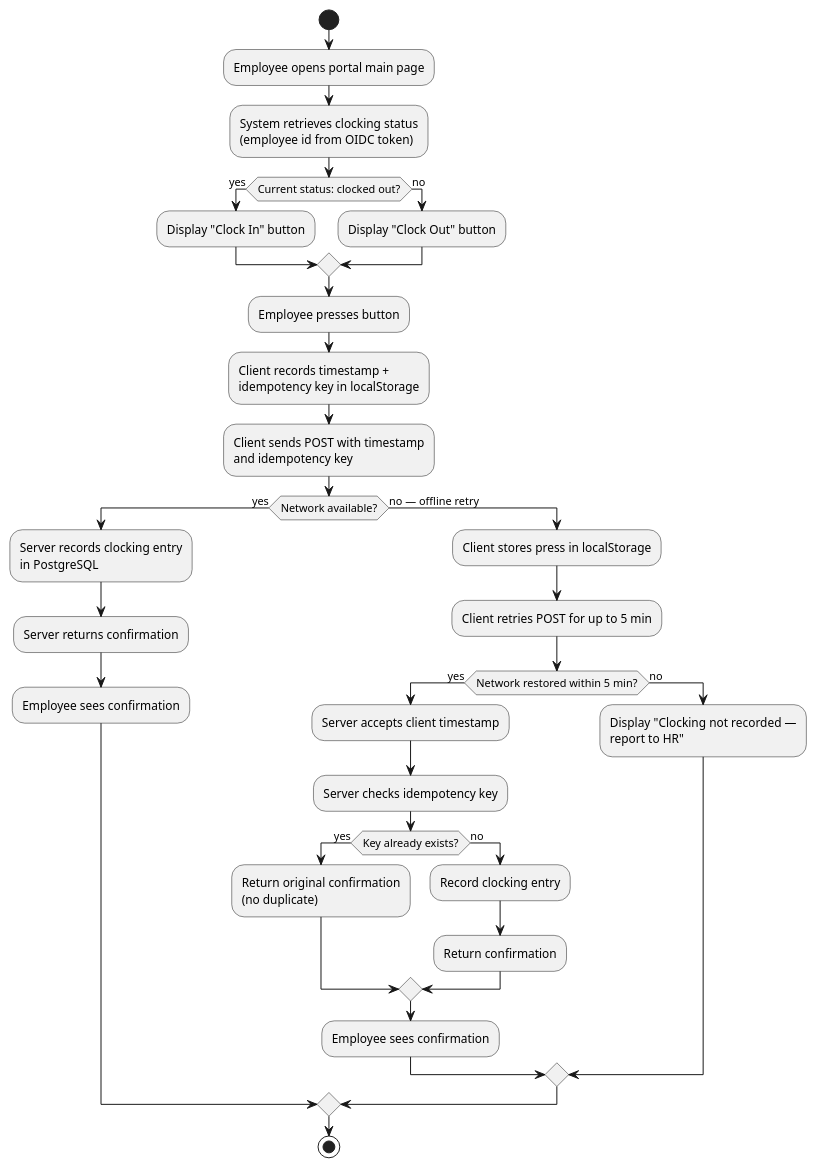
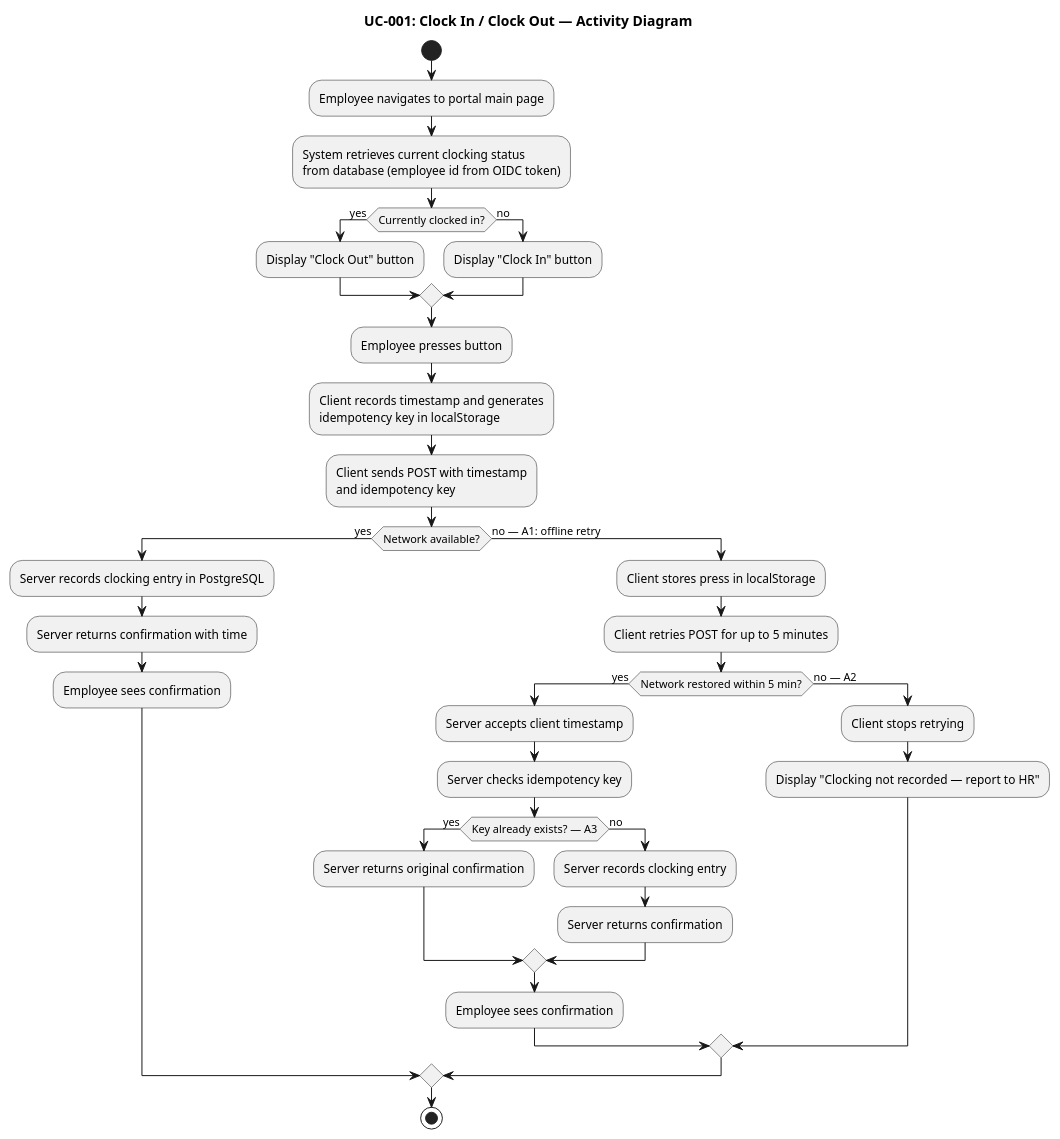
Before and after one commit to banense-test/portal-cuba-corp: the second of 11 diagrams in docs/artifacts/requirements/use-case-model.md, drawn with PlantUML. The commit also changed other lines of this file, not shown here.

First line of the commit message:
System Analyst [E1]: upsert Use-Case Model

````diff
--- a/docs/artifacts/requirements/use-case-model.md
+++ b/docs/artifacts/requirements/use-case-model.md
@@ -128,37 +136,43 @@
 ```plantuml
 @startuml
+title UC-001: Clock In / Clock Out — Activity Diagram
+
 start
-:Employee opens portal main page;
-:System retrieves clocking status\n(employee id from OIDC token);
-if (Current status: clocked out?) then (yes)
+:Employee navigates to portal main page;
+:System retrieves current clocking status
+from database (employee id from OIDC token);
+if (Currently clocked in?) then (yes)
+  :Display "Clock Out" button;
+else (no)
   :Display "Clock In" button;
-else (no)
-  :Display "Clock Out" button;
 endif
 :Employee presses button;
-:Client records timestamp +\nidempotency key in localStorage;
-:Client sends POST with timestamp\nand idempotency key;
+:Client records timestamp and generates
+idempotency key in localStorage;
+:Client sends POST with timestamp
+and idempotency key;
 if (Network available?) then (yes)
-  :Server records clocking entry\nin PostgreSQL;
-  :Server returns confirmation;
+  :Server records clocking entry in PostgreSQL;
+  :Server returns confirmation with time;
   :Employee sees confirmation;
-else (no — offline retry)
+else (no — A1: offline retry)
   :Client stores press in localStorage;
-  :Client retries POST for up to 5 min;
+  :Client retries POST for up to 5 minutes;
   if (Network restored within 5 min?) then (yes)
     :Server accepts client timestamp;
     :Server checks idempotency key;
-    if (Key already exists?) then (yes)
-      :Return original confirmation\n(no duplicate);
+    if (Key already exists? — A3) then (yes)
+      :Server returns original confirmation;
     else (no)
-      :Record clocking entry;
-      :Return confirmation;
+      :Server records clocking entry;
+      :Server returns confirmation;
     endif
     :Employee sees confirmation;
-  else (no)
-    :Display "Clocking not recorded —\nreport to HR";
+  else (no — A2)
+    :Client stops retrying;
+    :Display "Clocking not recorded — report to HR";
   endif
 endif
 stop
 @enduml
 ```
````
